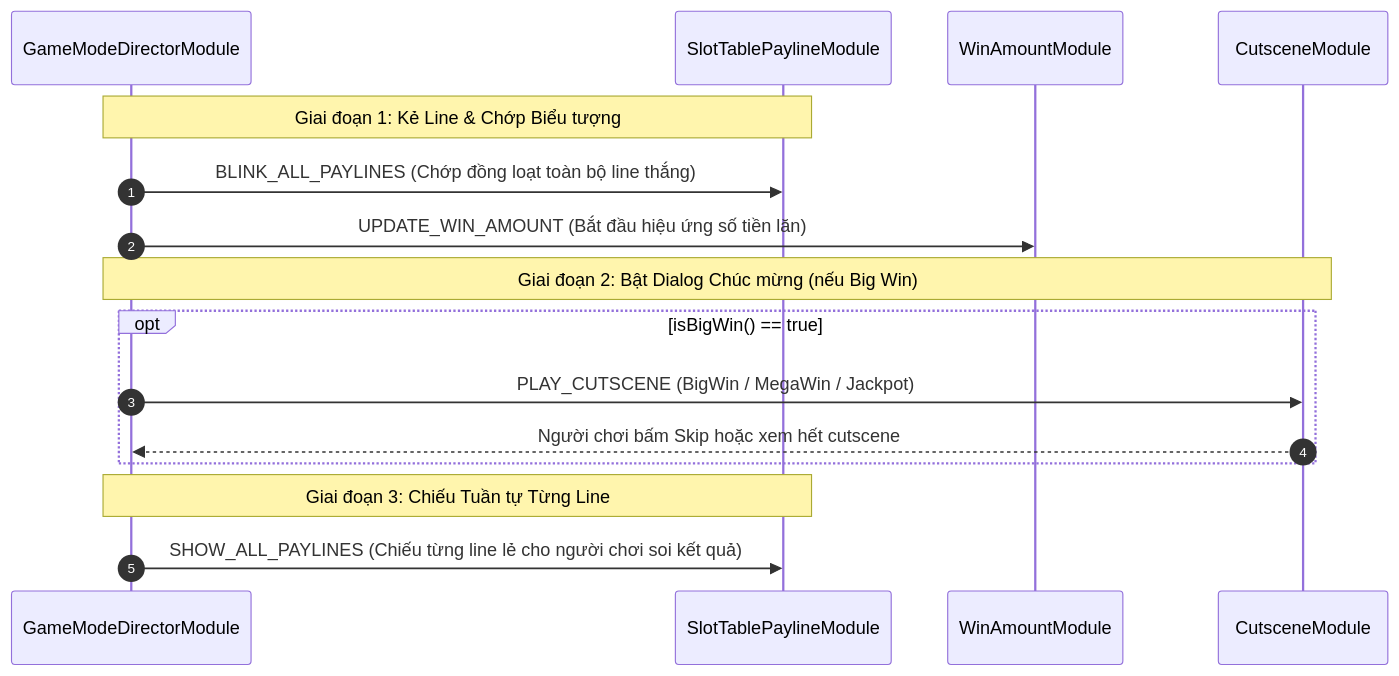
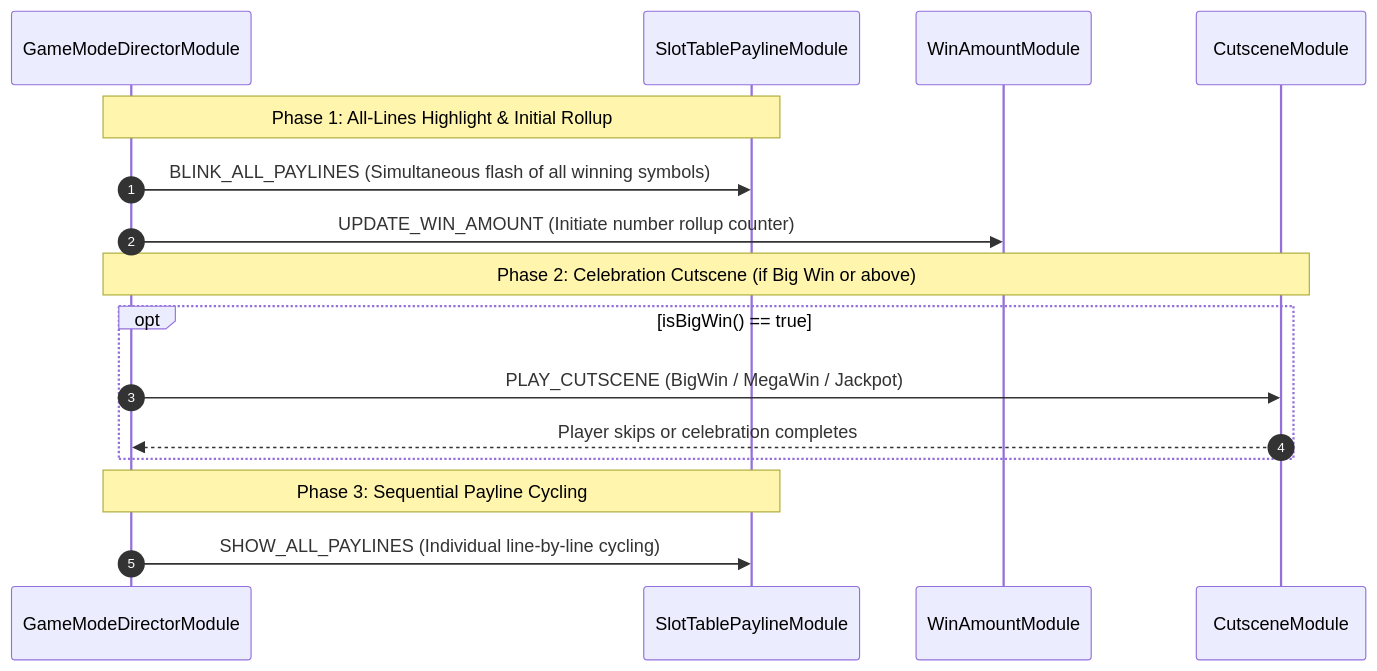
One commit to lam-ark/mcp-fwcc changed the second of 2 diagrams in docs/cc_slot_module/over_view/11_win_evaluation_payline_and_celebration_hierarchy.md. Above: the diagram before and after it, drawn with Mermaid. The commit also changed other lines of this file and 16 other files, not shown here.

````diff
--- a/docs/cc_slot_module/over_view/11_win_evaluation_payline_and_celebration_hierarchy.md
+++ b/docs/cc_slot_module/over_view/11_win_evaluation_payline_and_celebration_hierarchy.md
@@ -42,21 +42,21 @@
 ```mermaid
 sequenceDiagram
     autonumber
     participant Dir as GameModeDirectorModule
     participant Pay as SlotTablePaylineModule
     participant WinUI as WinAmountModule
     participant Cut as CutsceneModule
 
-    Note over Dir,Pay: Giai đoạn 1: Kẻ Line & Chớp Biểu tượng
-    Dir->>Pay: BLINK_ALL_PAYLINES (Chớp đồng loạt toàn bộ line thắng)
-    Dir->>WinUI: UPDATE_WIN_AMOUNT (Bắt đầu hiệu ứng số tiền lăn)
+    Note over Dir,Pay: Phase 1: All-Lines Highlight & Initial Rollup
+    Dir->>Pay: BLINK_ALL_PAYLINES (Simultaneous flash of all winning symbols)
+    Dir->>WinUI: UPDATE_WIN_AMOUNT (Initiate number rollup counter)
     
-    Note over Dir,Cut: Giai đoạn 2: Bật Dialog Chúc mừng (nếu Big Win)
+    Note over Dir,Cut: Phase 2: Celebration Cutscene (if Big Win or above)
     opt isBigWin() == true
         Dir->>Cut: PLAY_CUTSCENE (BigWin / MegaWin / Jackpot)
-        Cut-->>Dir: Người chơi bấm Skip hoặc xem hết cutscene
+        Cut-->>Dir: Player skips or celebration completes
     end
     
-    Note over Dir,Pay: Giai đoạn 3: Chiếu Tuần tự Từng Line
-    Dir->>Pay: SHOW_ALL_PAYLINES (Chiếu từng line lẻ cho người chơi soi kết quả)
+    Note over Dir,Pay: Phase 3: Sequential Payline Cycling
+    Dir->>Pay: SHOW_ALL_PAYLINES (Individual line-by-line cycling)
 ```
````
